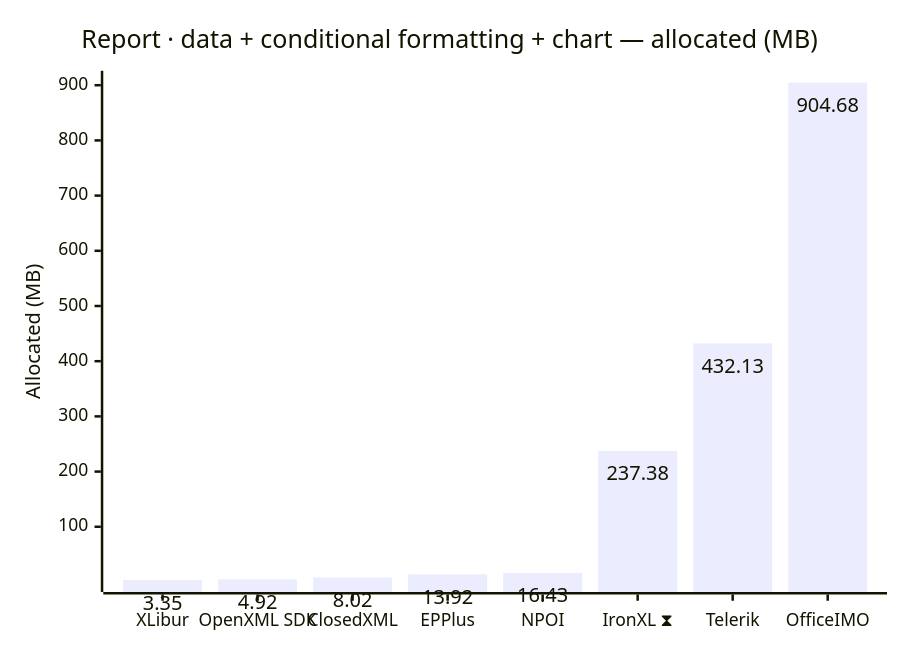
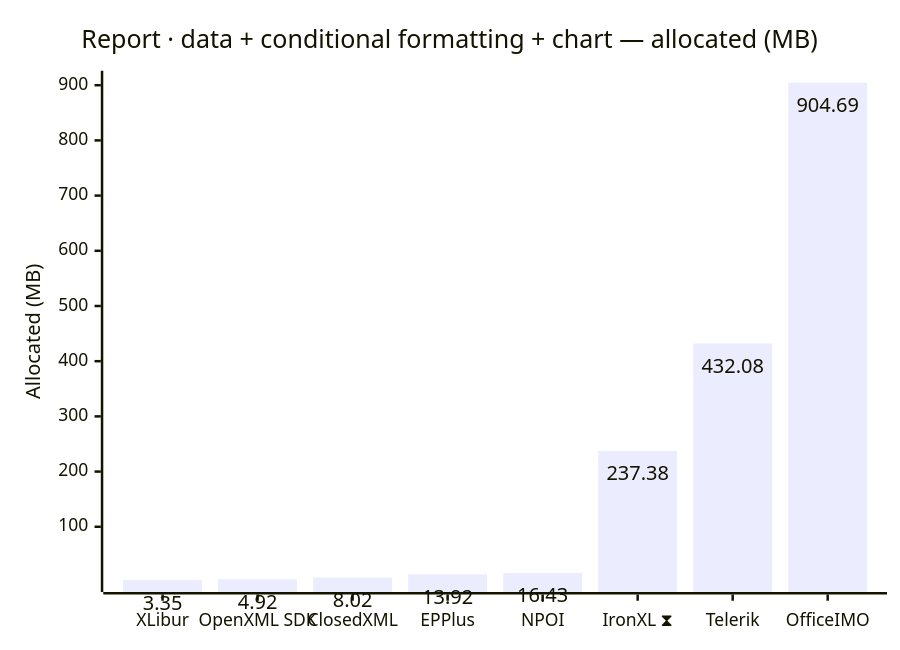
One commit to jafin/XLBench changed the eighth of 12 diagrams in docs/results.md. Above: the diagram before and after it, drawn with Mermaid. The commit also changed other lines of this file and 11 other files, not shown here.

````diff
--- a/docs/results.md
+++ b/docs/results.md
@@ -132,12 +133,12 @@
 ```mermaid
 ---
 config:
   xyChart:
     showDataLabel: true
 ---
 xychart-beta
     title "Report · data + conditional formatting + chart — allocated (MB)"
     x-axis ["XLibur", "OpenXML SDK", "ClosedXML", "EPPlus", "NPOI", "IronXL ⧗", "Telerik", "OfficeIMO"]
     y-axis "Allocated (MB)"
-    bar [3.35, 4.92, 8.02, 13.92, 16.43, 237.38, 432.13, 904.68]
+    bar [3.35, 4.92, 8.02, 13.92, 16.43, 237.38, 432.08, 904.69]
 ```
````
